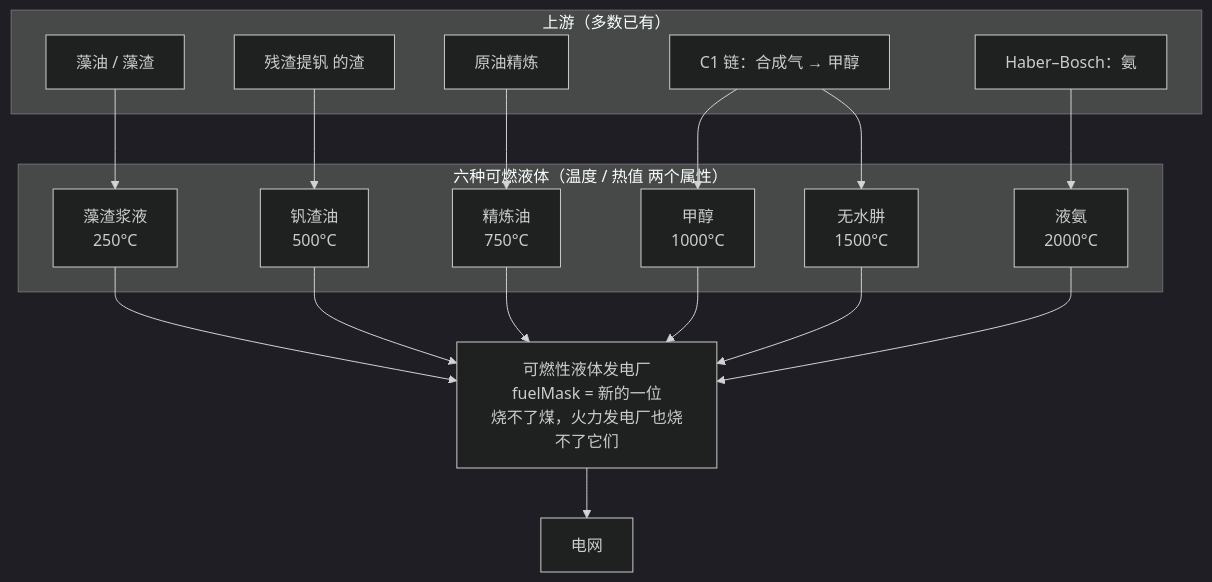
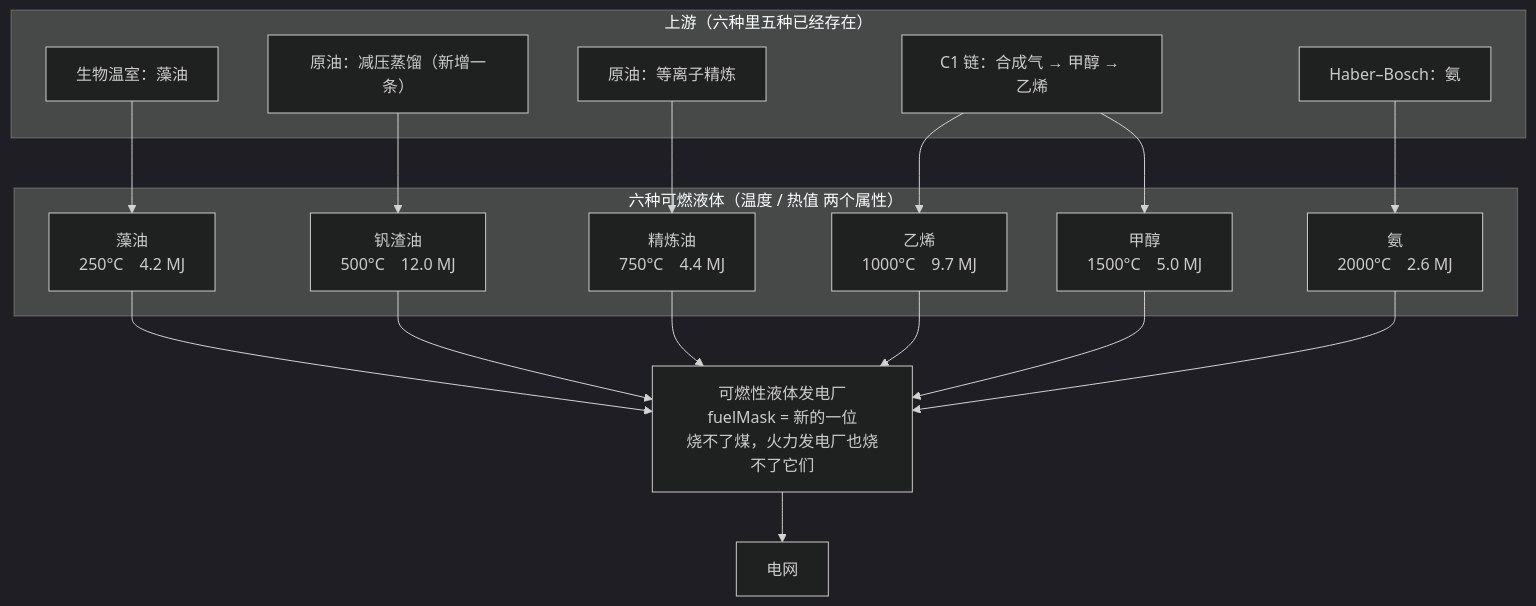
Before and after one commit to RobertWangWang/dysonsphereprogram-ProjectEden: the first of 2 diagrams in 可燃液体发电V1.md, drawn with Mermaid (dark theme). The commit also changed other lines of this file and 10 other files, not shown here.

````diff
--- a/可燃液体发电V1.md
+++ b/可燃液体发电V1.md
@@ -35,37 +35,37 @@
 ```mermaid
 flowchart TD
-    subgraph UP["上游（多数已有）"]
-        A1["藻油 / 藻渣"]
-        A2["残渣提钒 的渣"]
-        A3["原油精炼"]
-        A4["C1 链：合成气 → 甲醇"]
+    subgraph UP["上游（六种里五种已经存在）"]
+        A1["生物温室：藻油"]
+        A2["原油：减压蒸馏（新增一条）"]
+        A3["原油：等离子精炼"]
+        A4["C1 链：合成气 → 甲醇 → 乙烯"]
         A5["Haber–Bosch：氨"]
     end
 
     subgraph FUEL["六种可燃液体（温度 / 热值 两个属性）"]
-        F1["藻渣浆液<br/>250°C"]
-        F2["钒渣油<br/>500°C"]
-        F3["精炼油<br/>750°C"]
-        F4["甲醇<br/>1000°C"]
-        F5["无水肼<br/>1500°C"]
-        F6["液氨<br/>2000°C"]
+        F1["藻油<br/>250°C　4.2 MJ"]
+        F2["钒渣油<br/>500°C　12.0 MJ"]
+        F3["精炼油<br/>750°C　4.4 MJ"]
+        F4["乙烯<br/>1000°C　9.7 MJ"]
+        F5["甲醇<br/>1500°C　5.0 MJ"]
+        F6["氨<br/>2000°C　2.6 MJ"]
     end
 
     PLANT["可燃性液体发电厂<br/>fuelMask = 新的一位<br/>烧不了煤，火力发电厂也烧不了它们"]
 
     A1 --> F1
     A2 --> F2
     A3 --> F3
     A4 --> F4
     A4 --> F5
     A5 --> F6
 
     F1 --> PLANT
     F2 --> PLANT
     F3 --> PLANT
     F4 --> PLANT
     F5 --> PLANT
     F6 --> PLANT
 
     PLANT --> OUT["电网"]
 ```
````
